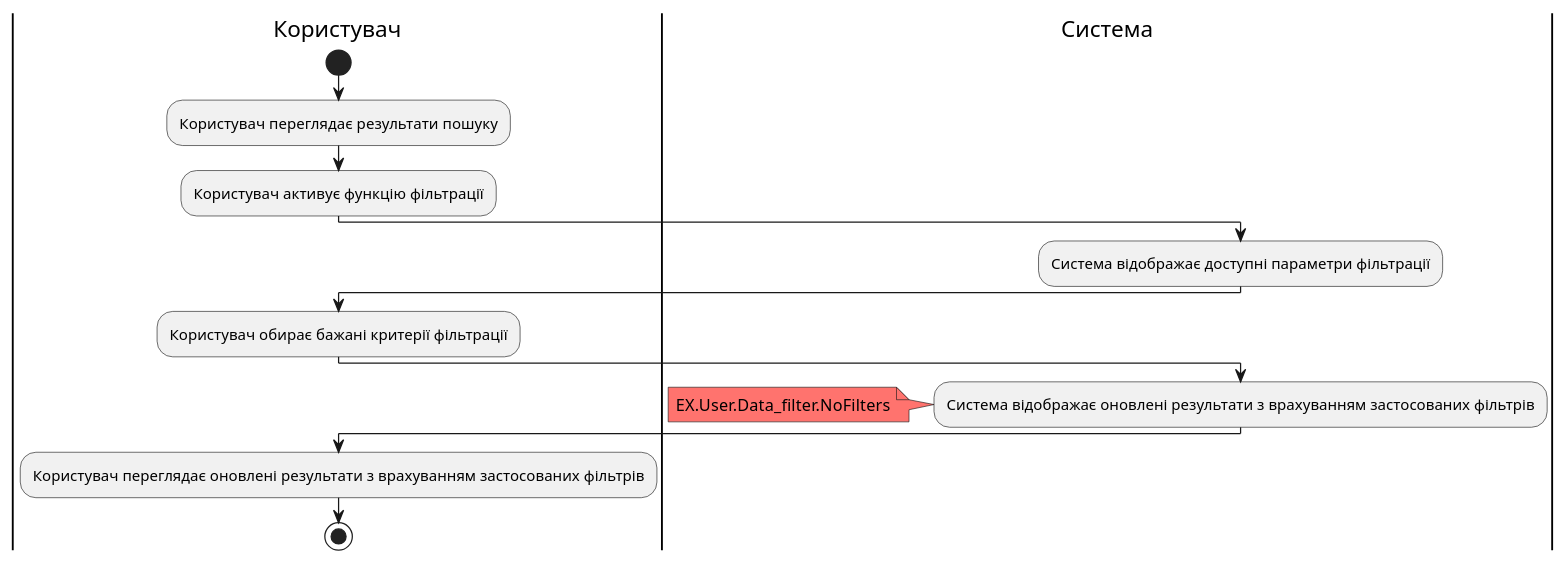
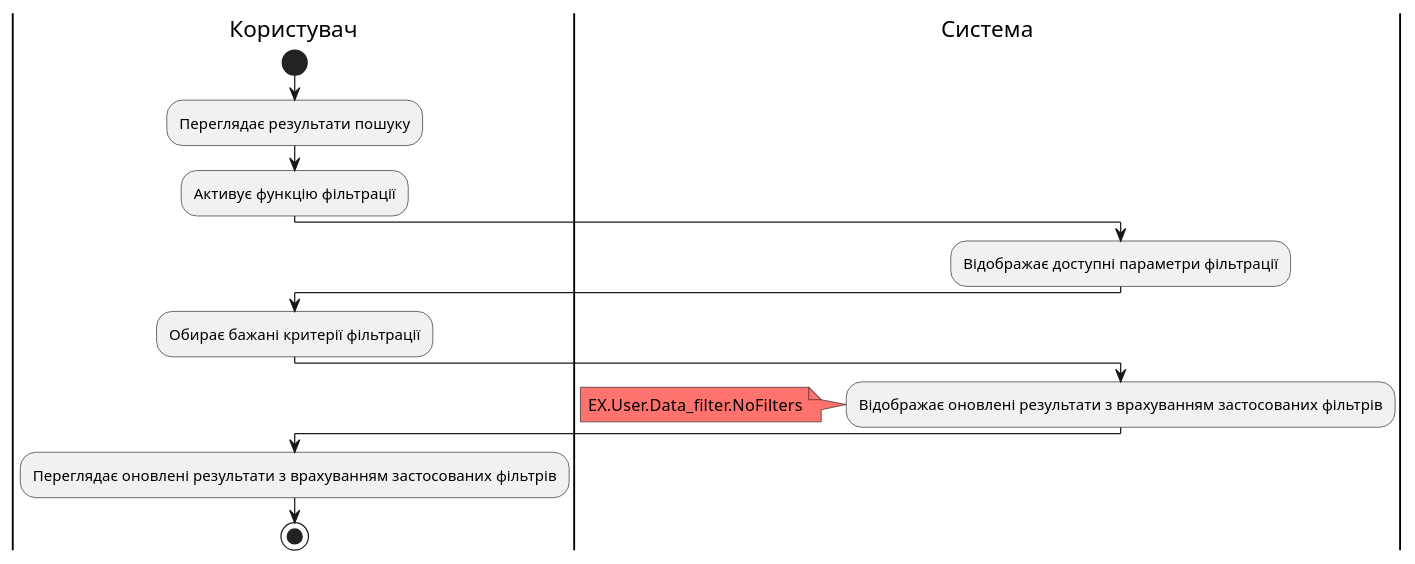
The eighth of 11 diagrams in docs/use cases/README.md (nonGratis/retarder-io-23-3), drawn with PlantUML before and after one commit. The commit also changed other lines of this file, not shown here.

Commit message:
UML content correction

````diff
--- a/docs/use cases/README.md
+++ b/docs/use cases/README.md
@@ -282,21 +281,21 @@
 ```plantuml
 @startuml
 |Користувач|
     start
-    :Користувач переглядає результати пошуку;
-    :Користувач активує функцію фільтрації;
+    :Переглядає результати пошуку;
+    :Активує функцію фільтрації;
 |Система|
-    :Система відображає доступні параметри фільтрації;
+    :Відображає доступні параметри фільтрації;
 |Користувач|
-    :Користувач обирає бажані критерії фільтрації;
+    :Обирає бажані критерії фільтрації;
 |Система|
-    :Система відображає оновлені результати з врахуванням застосованих фільтрів;
-    note left #FF736E
-    EX.User.Data_filter.NoFilters
-    end note
+    :Відображає оновлені результати з врахуванням застосованих фільтрів;
+        note left #FF736E
+            EX.User.Data_filter.NoFilters
+        end note
     
 |Користувач|
-    :Користувач переглядає оновлені результати з врахуванням застосованих фільтрів;
+    :Переглядає оновлені результати з врахуванням застосованих фільтрів;
     stop;
 @enduml
 ```
````
